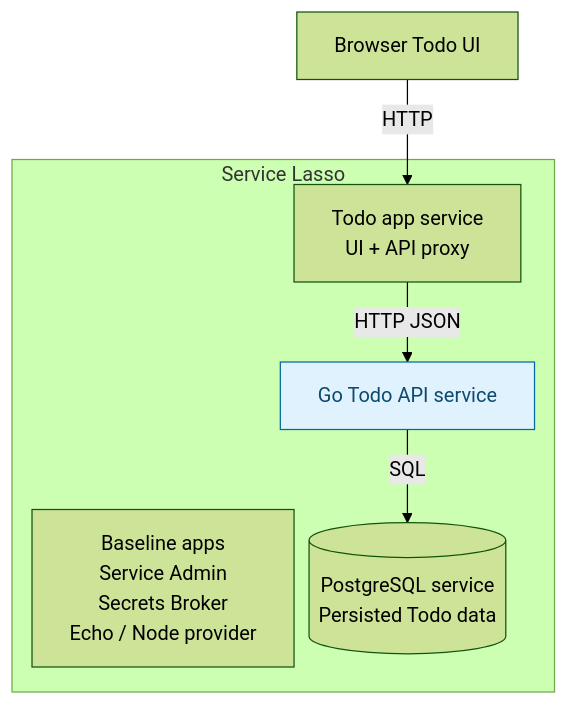
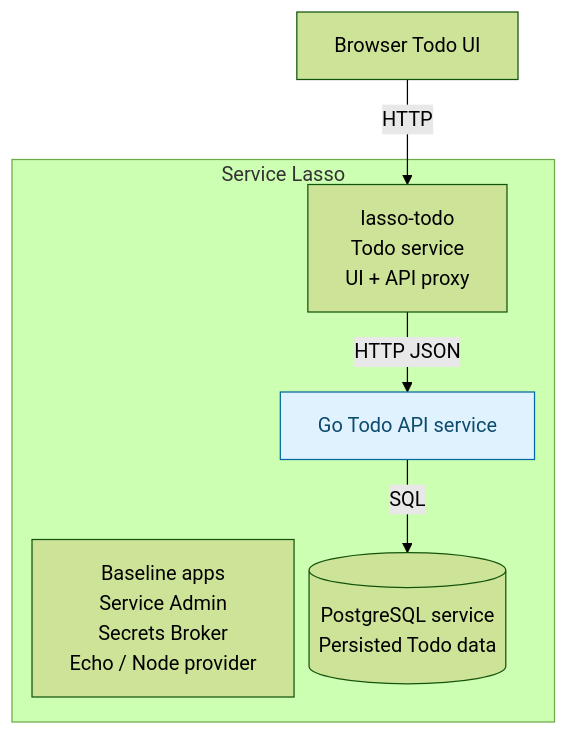
The diagram in docs/getting-started/advanced-add-go-todo-api-service.md (service-lasso/service-lasso), drawn with Mermaid (forest theme) before and after one commit. The commit also changed other lines of this file and 20 other files, not shown here.

Commit message:
docs: teach template-derived packaged Todo service consumers

````diff
--- a/docs/getting-started/advanced-add-go-todo-api-service.md
+++ b/docs/getting-started/advanced-add-go-todo-api-service.md
@@ -19,18 +19,18 @@
 ```mermaid
 %%{init: {"flowchart": {"nodeSpacing": 12, "rankSpacing": 40}}}%%
 flowchart TB
   accTitle: Stage 3: Add a managed Go API
   accDescr: Service Lasso manages the Todo app from stage one alongside baseline apps. Stage two adds PostgreSQL. Stage three adds a Go API between the Todo service and database. JSON storage belongs to the Todo service and is not a separate service.
   browser["Browser Todo UI"]
   subgraph lasso["Service Lasso"]
     baseline["Baseline apps<br/>Service Admin<br/>Secrets Broker<br/>Echo / Node provider"]
-    todo["Todo app service<br/>UI + API proxy"]
+    todo["lasso-todo<br/>Todo service<br/>UI + API proxy"]
     api["Go Todo API service"]
     db[("PostgreSQL service<br/>Persisted Todo data")]
   end
   browser -->|HTTP| todo
   todo -->|HTTP JSON| api
   api -->|SQL| db
   classDef added fill:#e0f2fe,stroke:#0369a1,color:#0c4a6e
   class api added
 ```
````
